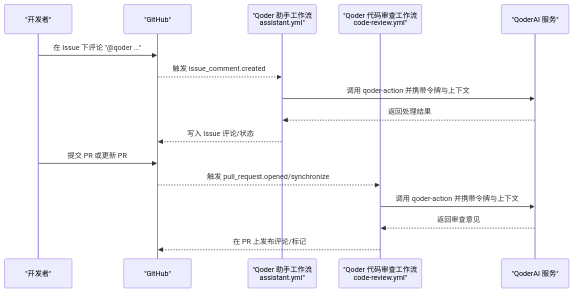
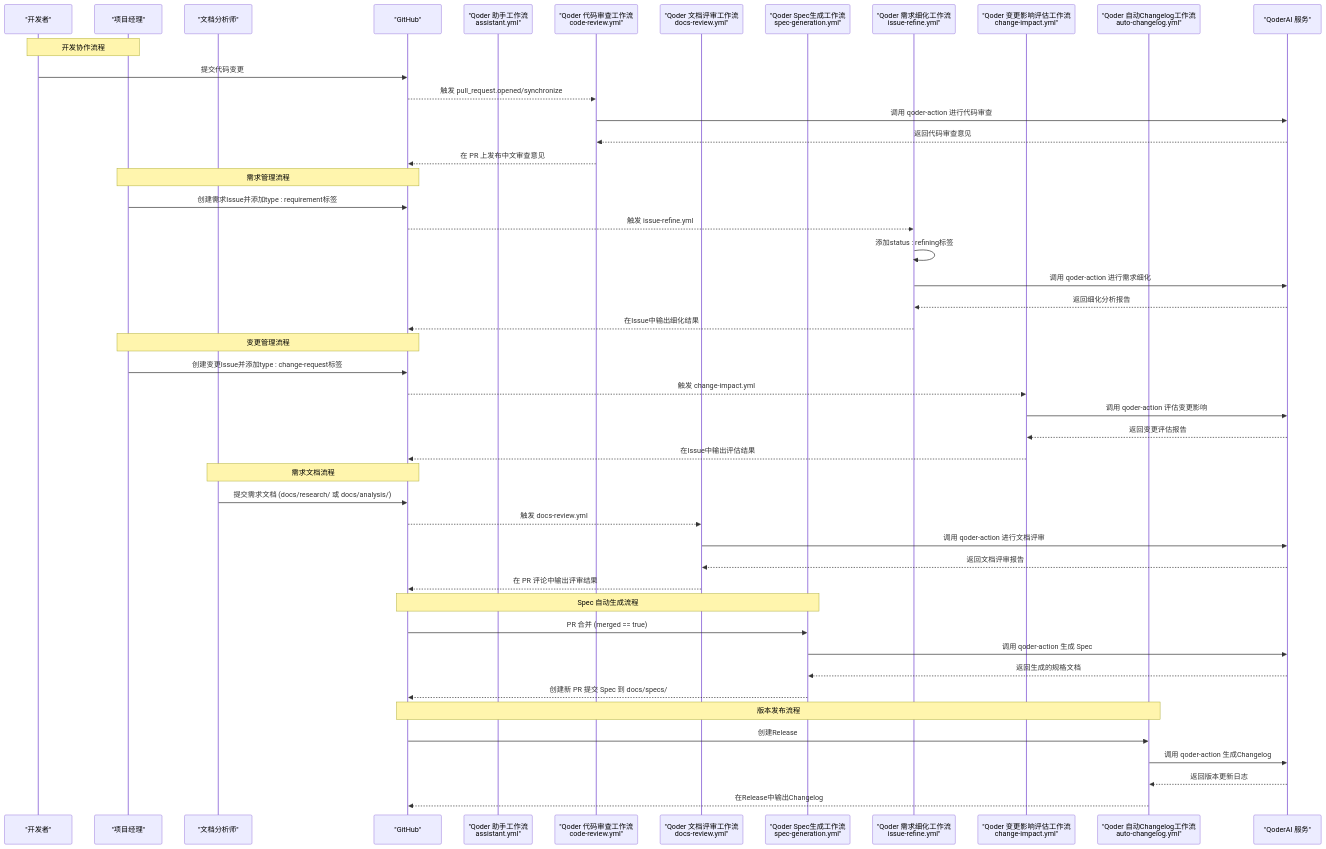
One commit to Seiano/hj-admin changed the second of 11 diagrams in .qoder/repowiki/zh/content/部署运维/CI_CD工作流配置.md. Above: the diagram before and after it, drawn with Mermaid. The commit also changed other lines of this file and 6 other files, not shown here.

First line of the commit message:
fix: pass issue body directly to Qoder in workflows

````diff
--- a/.qoder/repowiki/zh/content/部署运维/CI_CD工作流配置.md
+++ b/.qoder/repowiki/zh/content/部署运维/CI_CD工作流配置.md
@@ -98,18 +185,50 @@
 ```mermaid
 sequenceDiagram
 participant Dev as "开发者"
+participant PM as "项目经理"
+participant Doc as "文档分析师"
 participant GH as "GitHub"
 participant WA as "Qoder 助手工作流<br/>assistant.yml"
 participant WR as "Qoder 代码审查工作流<br/>code-review.yml"
+participant DR as "Qoder 文档评审工作流<br/>docs-review.yml"
+participant SG as "Qoder Spec生成工作流<br/>spec-generation.yml"
+participant IR as "Qoder 需求细化工作流<br/>issue-refine.yml"
+participant CI as "Qoder 变更影响评估工作流<br/>change-impact.yml"
+participant AC as "Qoder 自动Changelog工作流<br/>auto-changelog.yml"
 participant QA as "QoderAI 服务"
-Dev->>GH : 在 Issue 下评论 "@qoder ..."
-GH-->>WA : 触发 issue_comment.created
-WA->>QA : 调用 qoder-action 并携带令牌与上下文
-QA-->>WA : 返回处理结果
-WA-->>GH : 写入 Issue 评论/状态
-Dev->>GH : 提交 PR 或更新 PR
+Note over Dev,PM : 开发协作流程
+Dev->>GH : 提交代码变更
 GH-->>WR : 触发 pull_request.opened/synchronize
-WR->>QA : 调用 qoder-action 并携带令牌与上下文
-QA-->>WR : 返回审查意见
-WR-->>GH : 在 PR 上发布评论/标记
+WR->>QA : 调用 qoder-action 进行代码审查
+QA-->>WR : 返回代码审查意见
+WR-->>GH : 在 PR 上发布中文审查意见
+Note over PM,GH : 需求管理流程
+PM->>GH : 创建需求Issue并添加type : requirement标签
+GH-->>IR : 触发 issue-refine.yml
+IR->>IR : 添加status : refining标签
+IR->>QA : 调用 qoder-action 进行需求细化
+QA-->>IR : 返回细化分析报告
+IR-->>GH : 在Issue中输出细化结果
+Note over PM,GH : 变更管理流程
+PM->>GH : 创建变更Issue并添加type : change-request标签
+GH-->>CI : 触发 change-impact.yml
+CI->>QA : 调用 qoder-action 评估变更影响
+QA-->>CI : 返回变更评估报告
+CI-->>GH : 在Issue中输出评估结果
+Note over Doc,GH : 需求文档流程
+Doc->>GH : 提交需求文档 (docs/research/ 或 docs/analysis/)
+GH-->>DR : 触发 docs-review.yml
+DR->>QA : 调用 qoder-action 进行文档评审
+QA-->>DR : 返回文档评审报告
+DR-->>GH : 在 PR 评论中输出评审结果
+Note over GH,SG : Spec 自动生成流程
+GH->>SG : PR 合并 (merged == true)
+SG->>QA : 调用 qoder-action 生成 Spec
+QA-->>SG : 返回生成的规格文档
+SG-->>GH : 创建新 PR 提交 Spec 到 docs/specs/
+Note over GH,AC : 版本发布流程
+GH->>AC : 创建Release
+AC->>QA : 调用 qoder-action 生成Changelog
+QA-->>AC : 返回版本更新日志
+AC-->>GH : 在Release中输出Changelog
 ```
````
